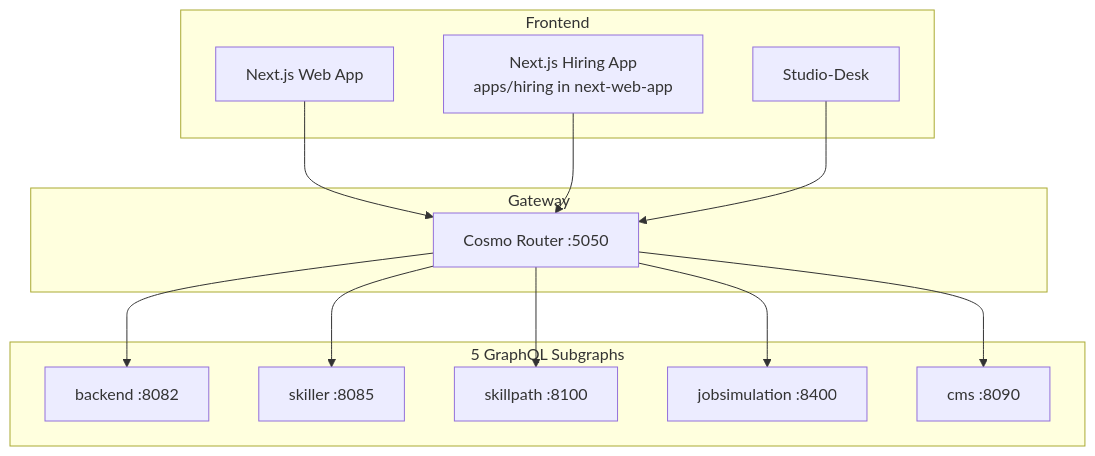
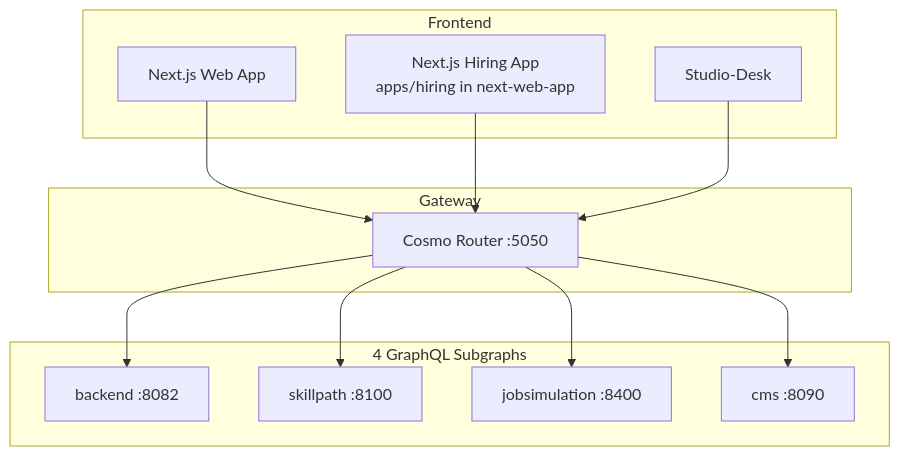
One commit to anthropos-work/rosetta changed the third of 3 diagrams in corpus/architecture/external_services.md. Above: the diagram before and after it, drawn with Mermaid. The commit also changed other lines of this file and 29 other files, not shown here.

````diff
--- a/corpus/architecture/external_services.md
+++ b/corpus/architecture/external_services.md
@@ -320,29 +320,27 @@
 ```mermaid
 graph TB
     subgraph Frontend
         Web[Next.js Web App]
         Hiring[Next.js Hiring App<br/>apps/hiring in next-web-app]
         Desk[Studio-Desk]
     end
 
     subgraph Gateway
         WG[Cosmo Router :5050]
     end
 
-    subgraph Subgraphs[5 GraphQL Subgraphs]
+    subgraph Subgraphs[4 GraphQL Subgraphs]
         Backend[backend :8082]
-        Skiller[skiller :8085]
         Skillpath[skillpath :8100]
         Jobsim[jobsimulation :8400]
         CMS[cms :8090]
     end
 
     Web --> WG
     Hiring --> WG
     Desk --> WG
     WG --> Backend
-    WG --> Skiller
     WG --> Skillpath
     WG --> Jobsim
     WG --> CMS
 ```
````
